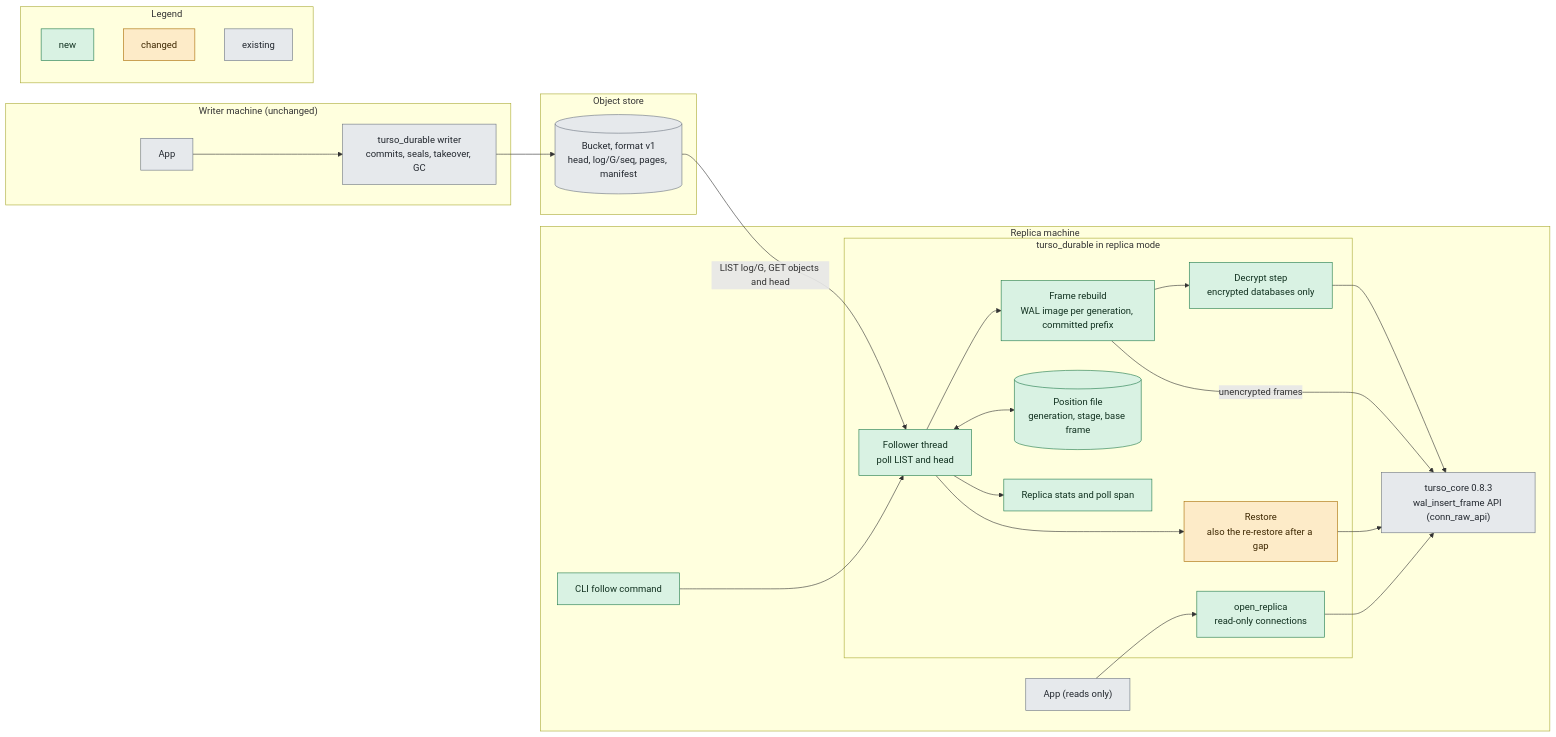
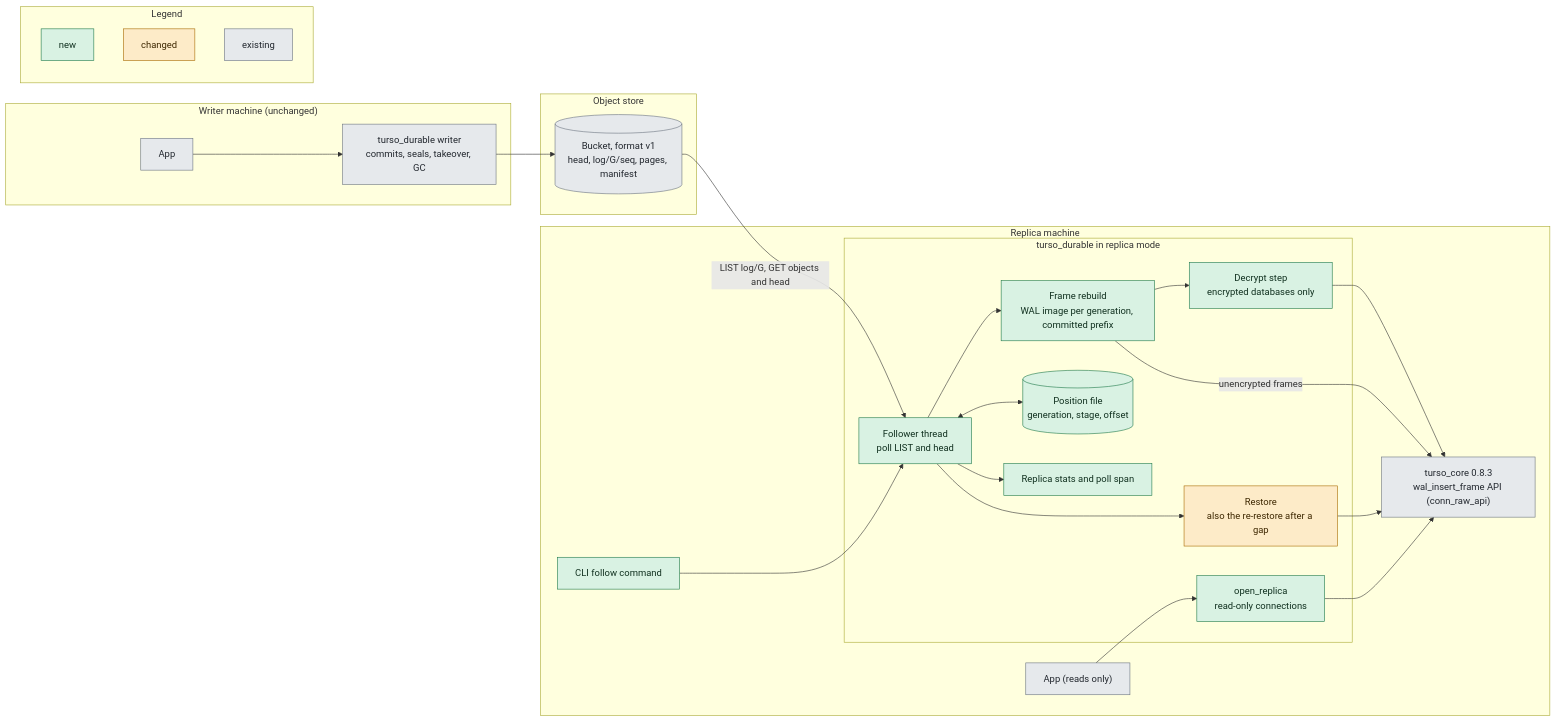
Before and after one commit to kahgeh/buckwal: the first of 4 diagrams in docs/read-replicas-recon.md, drawn with Mermaid. The commit also changed other lines of this file and 6 other files, not shown here.

````diff
--- a/docs/read-replicas-recon.md
+++ b/docs/read-replicas-recon.md
@@ -300,42 +350,42 @@
 ```mermaid
 flowchart LR
   subgraph writer["Writer machine (unchanged)"]
     wapp["App"]:::existing
     wlib["turso_durable writer<br/>commits, seals, takeover, GC"]:::existing
   end
   subgraph store["Object store"]
     bucket[("Bucket, format v1<br/>head, log/G/seq, pages, manifest")]:::existing
   end
   subgraph replica["Replica machine"]
     rapp["App (reads only)"]:::existing
     subgraph rlib["turso_durable in replica mode"]
       ropen["open_replica<br/>read-only connections"]:::new
       follow["Follower thread<br/>poll LIST and head"]:::new
       rebuild["Frame rebuild<br/>WAL image per generation, committed prefix"]:::new
       decrypt["Decrypt step<br/>encrypted databases only"]:::new
-      pos[("Position file<br/>generation, stage, base frame")]:::new
+      pos[("Position file<br/>generation, stage, offset")]:::new
       rest["Restore<br/>also the re-restore after a gap"]:::changed
       stats["Replica stats and poll span"]:::new
     end
     core["turso_core 0.8.3<br/>wal_insert_frame API (conn_raw_api)"]:::existing
     cli["CLI follow command"]:::new
   end
   wapp --> wlib --> bucket
   bucket -- "LIST log/G, GET objects and head" --> follow
   follow --> rebuild --> decrypt --> core
   rebuild -- "unencrypted frames" --> core
   follow <--> pos
   rest --> core
   follow --> rest
   rapp --> ropen --> core
   follow --> stats
   cli --> follow
   subgraph legend["Legend"]
     l1["new"]:::new
     l2["changed"]:::changed
     l3["existing"]:::existing
   end
   classDef new fill:#d9f2e3,stroke:#1f7a4a,color:#10301f
   classDef changed fill:#fdebc8,stroke:#a86b00,color:#3d2700
   classDef existing fill:#e6e9ec,stroke:#6b7480,color:#22272e
 ```
````
